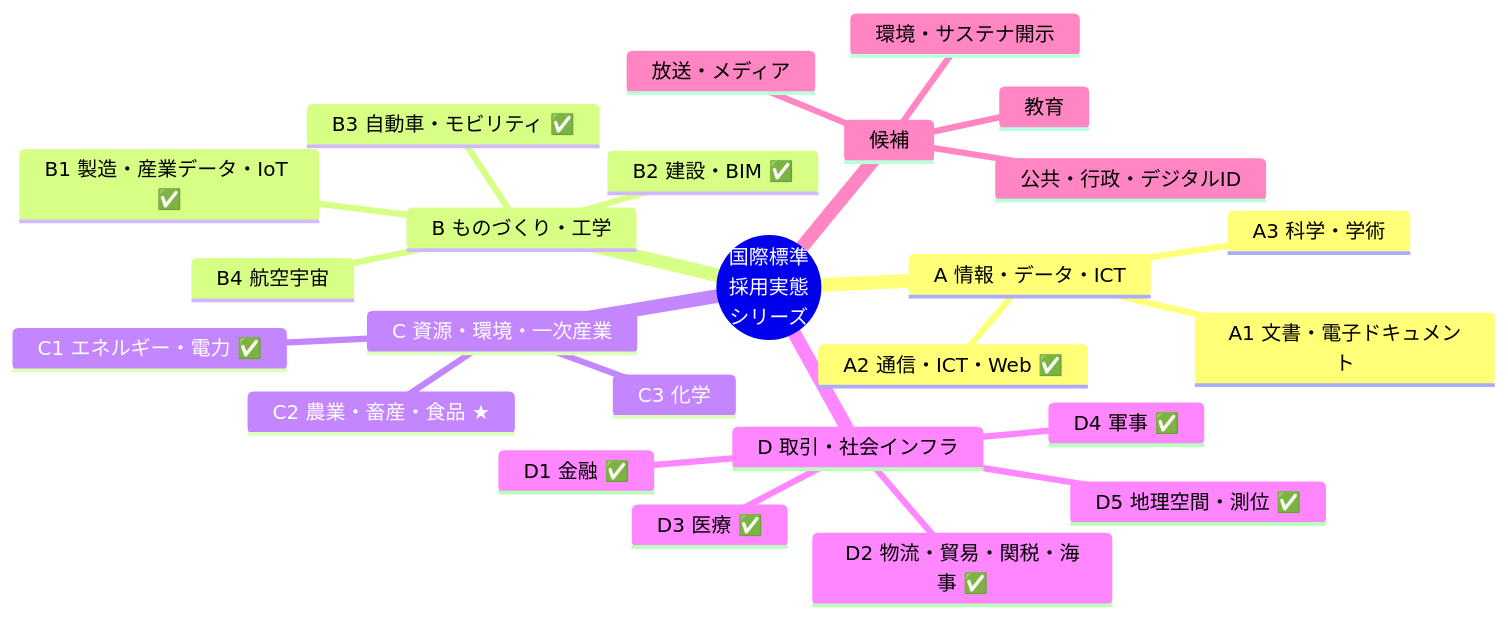
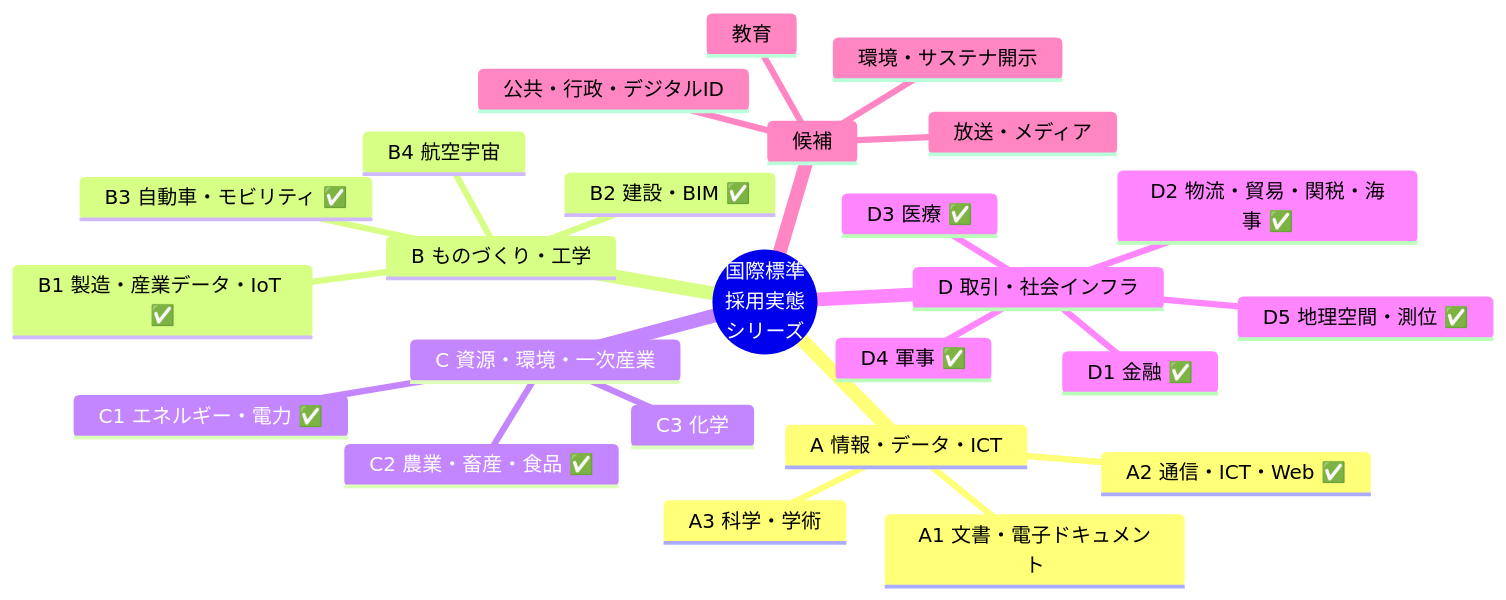
One commit to shuji-bonji/Current-Status-of-International-Standard-Adoption changed the second of 2 diagrams in 国際標準規格の採用実態_総括レポート_再編版.md. Above: the diagram before and after it, drawn with Mermaid. The commit also changed other lines of this file and 2 other files, not shown here.

````diff
--- a/国際標準規格の採用実態_総括レポート_再編版.md
+++ b/国際標準規格の採用実態_総括レポート_再編版.md
@@ -238,28 +239,28 @@
 ```mermaid
 mindmap
   root((国際標準<br/>採用実態<br/>シリーズ))
     A 情報・データ・ICT
       A1 文書・電子ドキュメント
       A2 通信・ICT・Web ✅
       A3 科学・学術
     B ものづくり・工学
       B1 製造・産業データ・IoT ✅
       B2 建設・BIM ✅
       B3 自動車・モビリティ ✅
       B4 航空宇宙
     C 資源・環境・一次産業
       C1 エネルギー・電力 ✅
-      C2 農業・畜産・食品 ★
+      C2 農業・畜産・食品 ✅
       C3 化学
     D 取引・社会インフラ
       D1 金融 ✅
       D2 物流・貿易・関税・海事 ✅
       D3 医療 ✅
       D4 軍事 ✅
       D5 地理空間・測位 ✅
     候補
       放送・メディア
       環境・サステナ開示
       公共・行政・デジタルID
       教育
 ```
````
